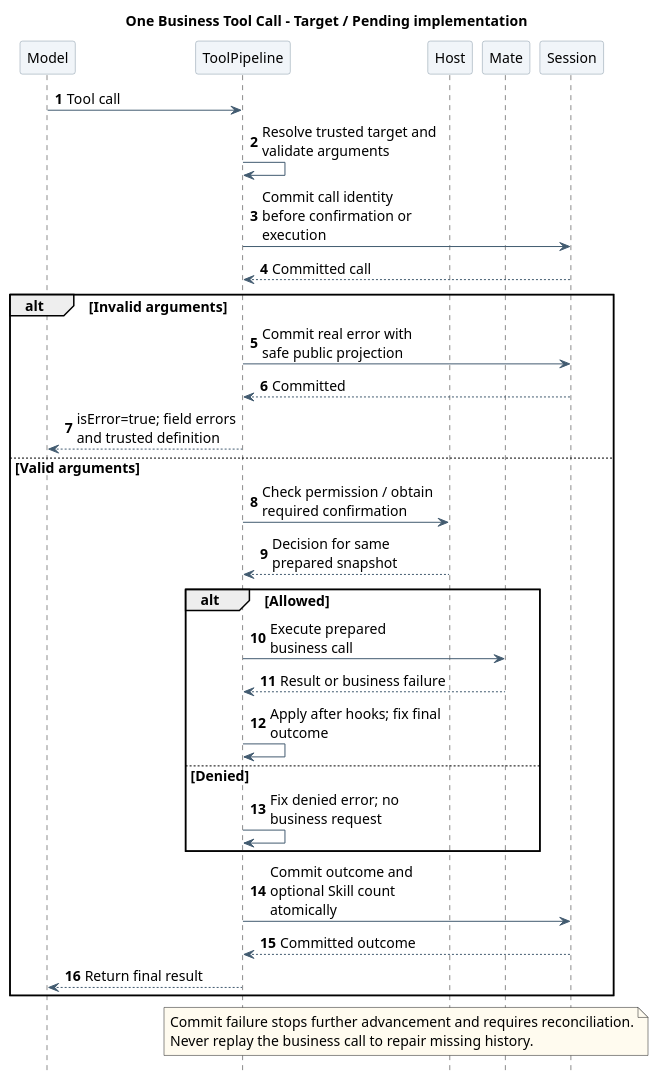
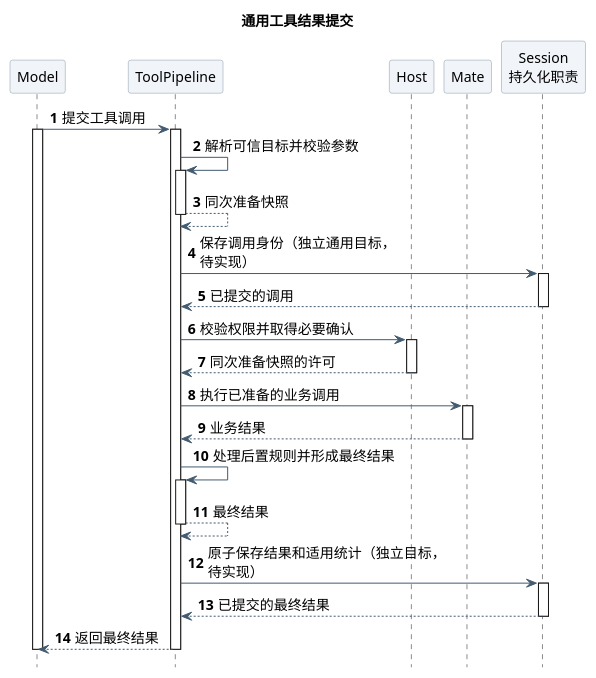
One commit to ssm0808/pi-mono-java-design changed the third of 3 diagrams in 01-总体架构/01-CampusClaw多Agent运行时/设计图/统一事件持久化/diagram.puml. Above: the diagram before and after it, drawn with PlantUML. The commit also changed other lines of this file and 17 other files, not shown here.

```diff
--- a/01-总体架构/01-CampusClaw多Agent运行时/设计图/统一事件持久化/diagram.puml
+++ b/01-总体架构/01-CampusClaw多Agent运行时/设计图/统一事件持久化/diagram.puml
@@ -128,59 +101,40 @@
 @startuml unified_tool_commit
-' Source evidence: Java main 769e86592285f4a25b0febaf551eddea6bc7212c
-' modules/coding-agent-cli/src/main/java/com/campusclaw/codingagent/
-' runtimeapi/event/RuntimeExecutionCoordinator.java:start
-' runtimeapi/event/RuntimeEventProjector.java:project,persistToolResults
-' session/AgentSessionFactory.java:create
-' tool/agent/SubagentExecutionService.java:runChild
+' 源码基线：Java main 769e86592285f4a25b0febaf551eddea6bc7212c，历史通用工具专题。
 ' modules/agent-core/src/main/java/com/campusclaw/agent/tool/ToolExecutionPipeline.java:execute
-' Observed behavior: Runtime persists; direct Subagent/Cron factory calls do not share its appender.
-' Design reason: one durable host lifecycle and per-result commit; no statistics delivery pipeline.
+' modules/coding-agent-cli/src/main/java/com/campusclaw/codingagent/runtimeapi/event/RuntimeEventProjector.java:projectSafely
+' 已观察行为：监听异常可被隔离，结果记录并非通用等待提交协议。
+' 设计原因：独立通用工具目标，保留其正常提交顺序；不作为 Subagent 留档前置。
 skinparam backgroundColor white
 skinparam defaultFontName SansSerif
 skinparam defaultFontSize 14
 skinparam shadowing false
-skinparam classAttributeIconSize 0
 skinparam ArrowColor #425B70
-skinparam classBackgroundColor #F1F5F9
-skinparam classBorderColor #8496A4
 skinparam sequenceParticipantBackgroundColor #F1F5F9
 skinparam sequenceParticipantBorderColor #8496A4
 skinparam sequenceMessageAlign left
 skinparam maxMessageSize 175
-skinparam noteBackgroundColor #FFFBEF
-hide empty members
 hide footbox
 autonumber
-title One Business Tool Call - Target / Pending implementation
+title 通用工具结果提交
 participant "Model" as Model
 participant "ToolPipeline" as Pipeline
 participant "Host" as Host
 participant "Mate" as Mate
-participant "Session" as Session
-Model -> Pipeline : Tool call
-Pipeline -> Pipeline : Resolve trusted target and validate arguments
-Pipeline -> Session : Commit call identity before confirmation or execution
-Session --> Pipeline : Committed call
-alt Invalid arguments
-  Pipeline -> Session : Commit real error with safe public projection
-  Session --> Pipeline : Committed
-  Pipeline --> Model : isError=true; field errors and trusted definition
-else Valid arguments
-  Pipeline -> Host : Check permission / obtain required confirmation
-  Host --> Pipeline : Decision for same prepared snapshot
-  alt Allowed
-    Pipeline -> Mate : Execute prepared business call
-    Mate --> Pipeline : Result or business failure
-    Pipeline -> Pipeline : Apply after hooks; fix final outcome
-  else Denied
-    Pipeline -> Pipeline : Fix denied error; no business request
-  end
-  Pipeline -> Session : Commit outcome and optional Skill count atomically
-  Session --> Pipeline : Committed outcome
-  Pipeline --> Model : Return final result
-end
-note over Pipeline,Session
-  Commit failure stops further advancement and requires reconciliation.
-  Never replay the business call to repair missing history.
-end note
+participant "Session\n持久化职责" as Session
+Model -> Pipeline ++ : 提交工具调用
+activate Model
+Pipeline -> Pipeline ++ : 解析可信目标并校验参数
+return 同次准备快照
+Pipeline -> Session ++ : 保存调用身份（独立通用目标，待实现）
+return 已提交的调用
+Pipeline -> Host ++ : 校验权限并取得必要确认
+return 同次准备快照的许可
+Pipeline -> Mate ++ : 执行已准备的业务调用
+return 业务结果
+Pipeline -> Pipeline ++ : 处理后置规则并形成最终结果
+return 最终结果
+Pipeline -> Session ++ : 原子保存结果和适用统计（独立目标，待实现）
+return 已提交的最终结果
+return 返回最终结果
+deactivate Model
 @enduml
```
